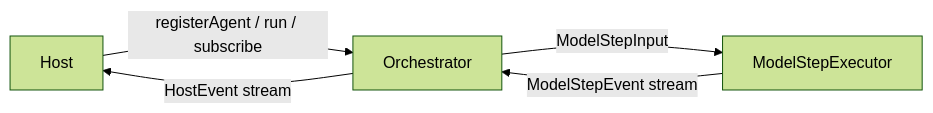
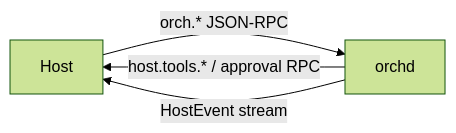
The diagram in packages/host-runtime/README.md (biuld/piko), drawn with Mermaid (forest theme) before and after one commit. The commit also changed other lines of this file and 196 other files, not shown here.

Commit message:
refactor(orch): replace TS orchestrator with Rust-based orchd, rename protocol, implement RPC communication

````diff
--- a/packages/host-runtime/README.md
+++ b/packages/host-runtime/README.md
@@ -9,7 +9,6 @@
 ```mermaid
 flowchart LR
-  Host[Host] -->|registerAgent / run / subscribe| Orch[Orchestrator]
+  Host[Host] -->|orch.* JSON-RPC| Orch[orchd]
+  Orch -->|host.tools.* / approval RPC| Host
   Orch -->|HostEvent stream| Host
-  Orch -->|ModelStepInput| Executor[ModelStepExecutor]
-  Executor -->|ModelStepEvent stream| Orch
 ```
````
